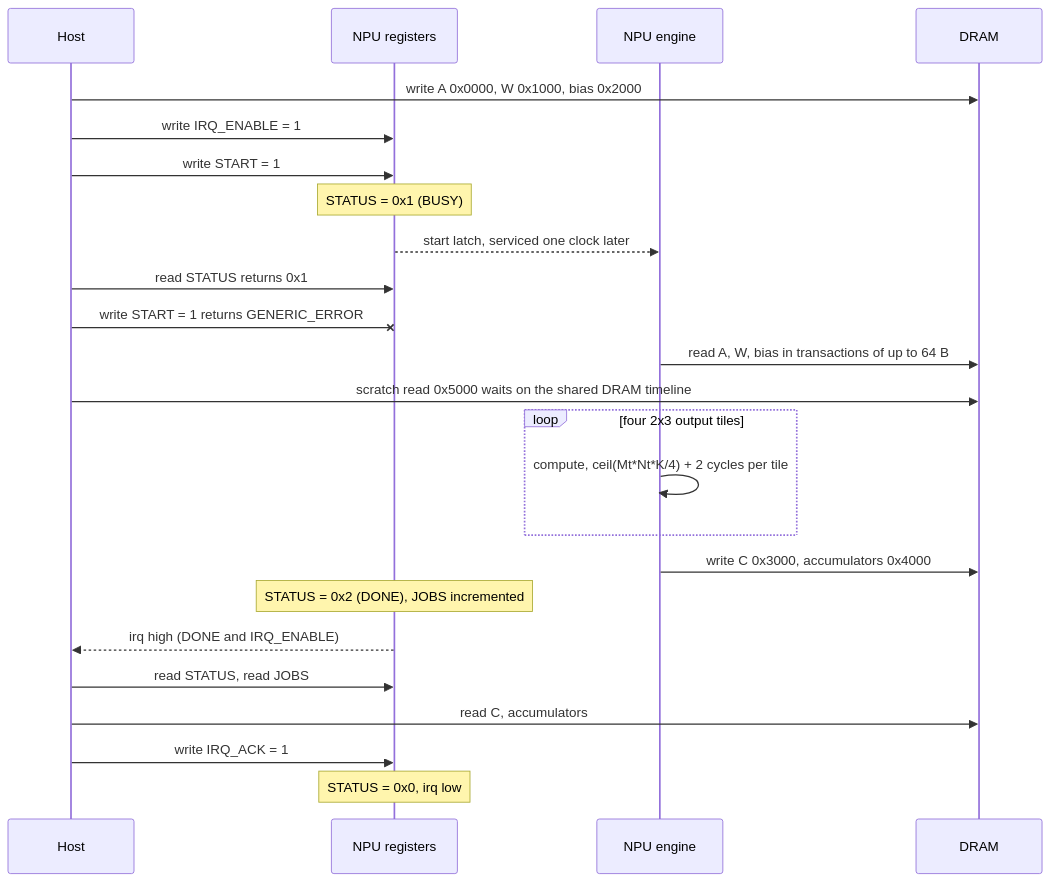
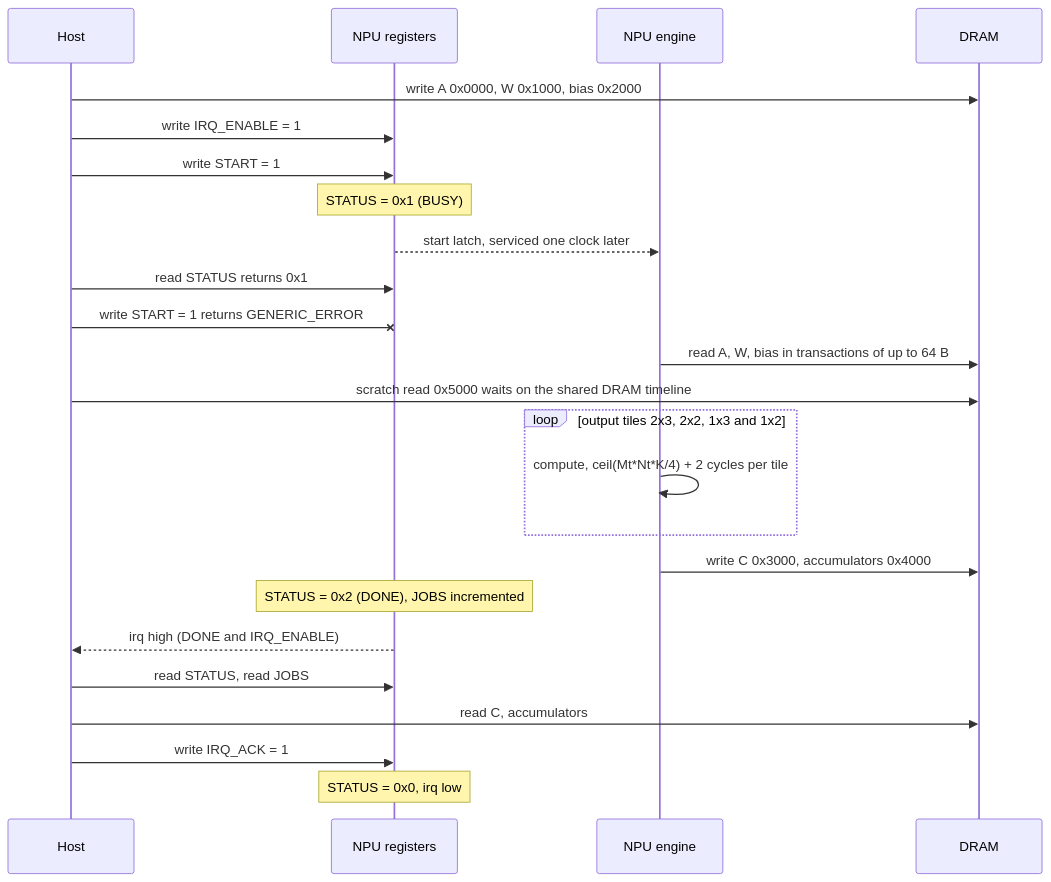
Before and after one commit to EylonKrause/NPU-architecture-modeling: the diagram in docs/soc-integration.md, drawn with Mermaid. The commit also changed other lines of this file and 8 other files, not shown here.

````diff
--- a/docs/soc-integration.md
+++ b/docs/soc-integration.md
@@ -192,26 +192,26 @@
 ```mermaid
 sequenceDiagram
     participant H as Host
     participant R as NPU registers
     participant E as NPU engine
     participant D as DRAM
     H->>D: write A 0x0000, W 0x1000, bias 0x2000
     H->>R: write IRQ_ENABLE = 1
     H->>R: write START = 1
     Note over R: STATUS = 0x1 (BUSY)
     R-->>E: start latch, serviced one clock later
     H->>R: read STATUS returns 0x1
     H-xR: write START = 1 returns GENERIC_ERROR
     E->>D: read A, W, bias in transactions of up to 64 B
     H->>D: scratch read 0x5000 waits on the shared DRAM timeline
-    loop four 2x3 output tiles
+    loop output tiles 2x3, 2x2, 1x3 and 1x2
         E->>E: compute, ceil(Mt*Nt*K/4) + 2 cycles per tile
     end
     E->>D: write C 0x3000, accumulators 0x4000
     Note over R: STATUS = 0x2 (DONE), JOBS incremented
     R-->>H: irq high (DONE and IRQ_ENABLE)
     H->>R: read STATUS, read JOBS
     H->>D: read C, accumulators
     H->>R: write IRQ_ACK = 1
     Note over R: STATUS = 0x0, irq low
 ```
````
